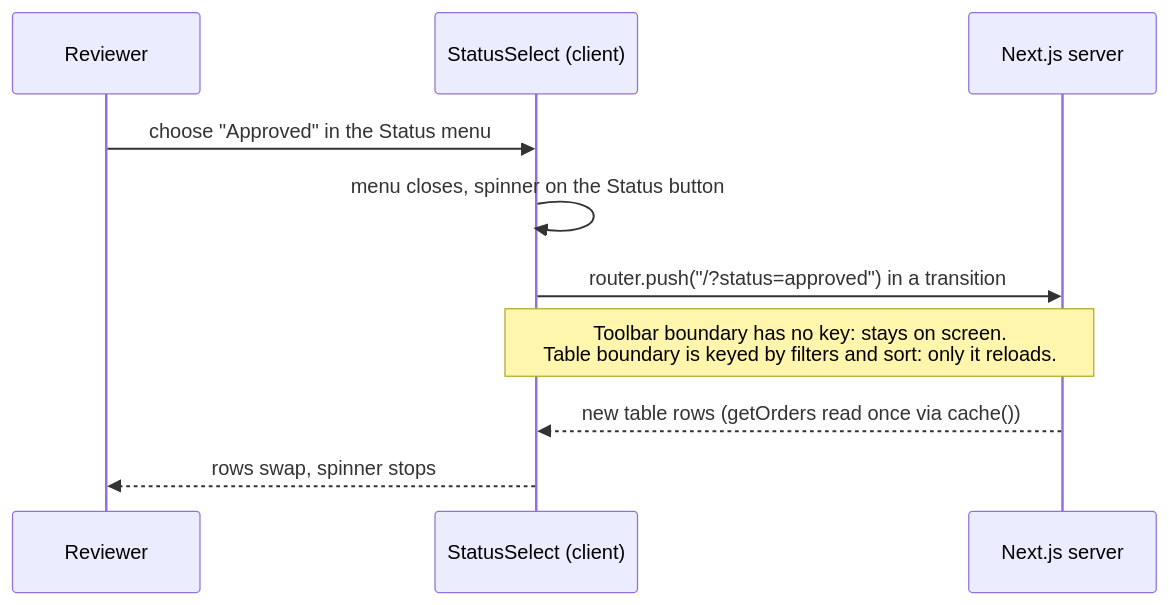
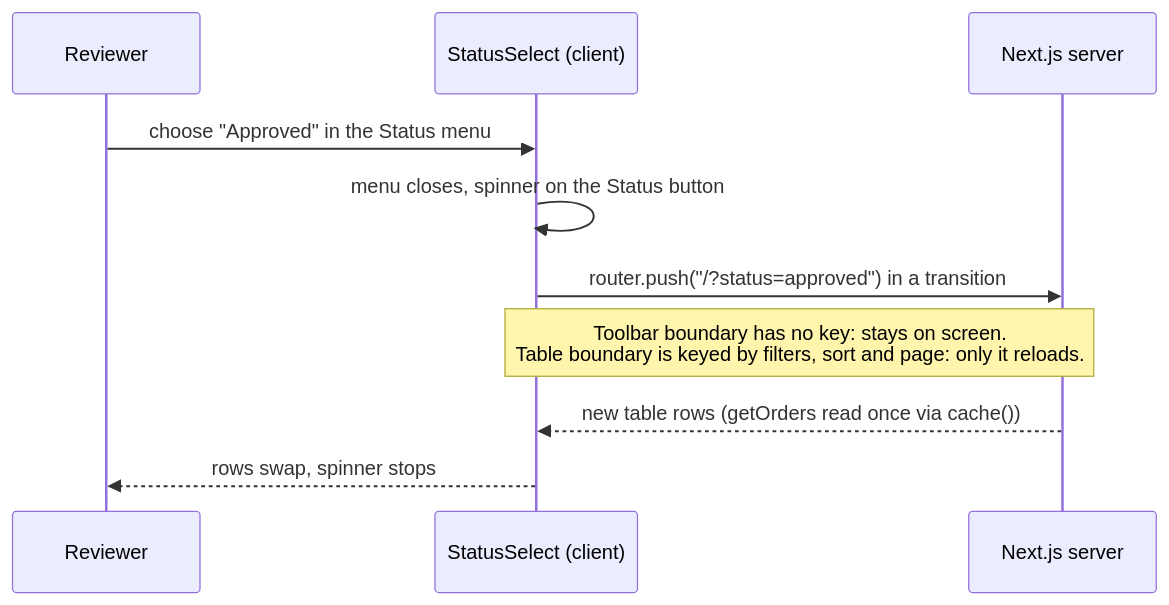
One commit to TRUPALIX9/bhf-take-home changed the sixth of 10 diagrams in docs/DESIGN.md. Above: the diagram before and after it, drawn with Mermaid. The commit also changed other lines of this file and 18 other files, not shown here.

````diff
--- a/docs/DESIGN.md
+++ b/docs/DESIGN.md
@@ -143,12 +143,12 @@
 ```mermaid
 sequenceDiagram
   participant U as Reviewer
   participant T as StatusSelect (client)
   participant S as Next.js server
   U->>T: choose "Approved" in the Status menu
   T->>T: menu closes, spinner on the Status button
   T->>S: router.push("/?status=approved") in a transition
-  Note over T,S: Toolbar boundary has no key: stays on screen.<br/>Table boundary is keyed by filters and sort: only it reloads.
+  Note over T,S: Toolbar boundary has no key: stays on screen.<br/>Table boundary is keyed by filters, sort and page: only it reloads.
   S-->>T: new table rows (getOrders read once via cache())
   T-->>U: rows swap, spinner stops
 ```
````
